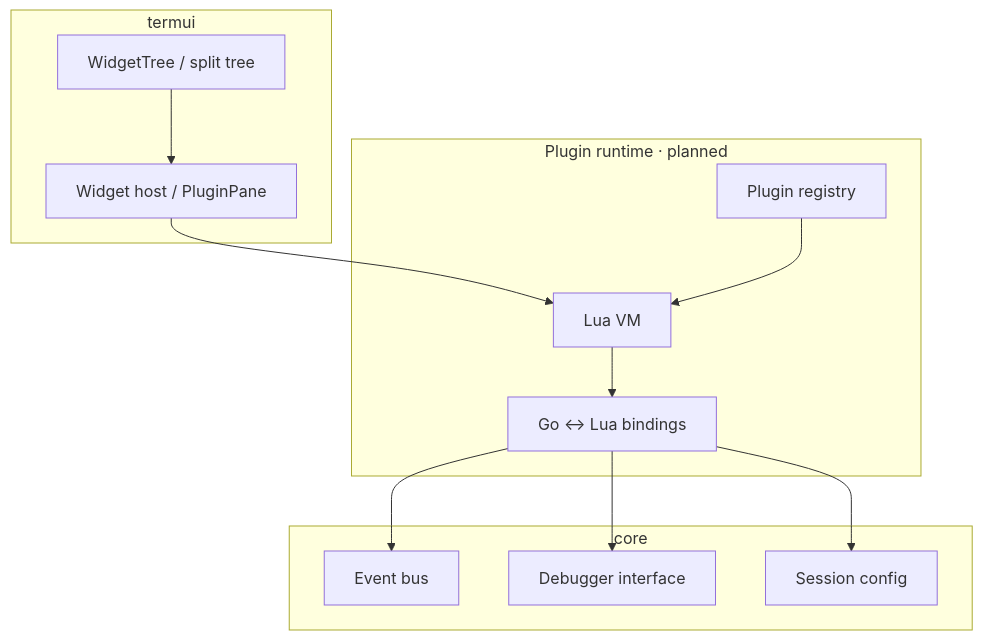
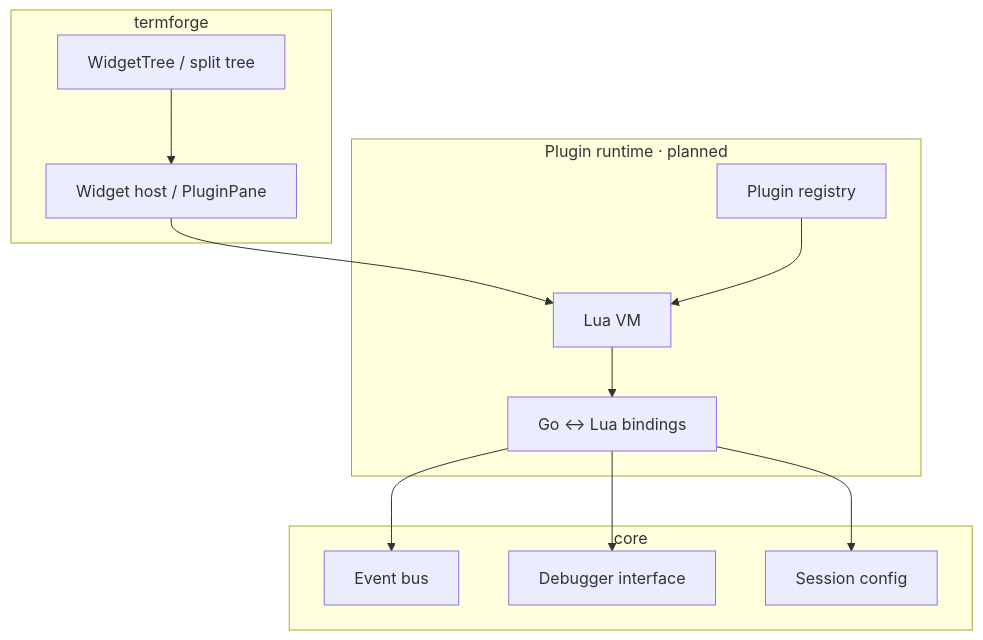
Before and after one commit to yairgd/gdbforge: the first of 3 diagrams in docs/PLUGINS.md, drawn with Mermaid. The commit also changed other lines of this file and 267 other files, not shown here.

````diff
--- a/docs/PLUGINS.md
+++ b/docs/PLUGINS.md
@@ -58,27 +58,27 @@
 ```mermaid
 flowchart TB
-    subgraph UI["termui"]
+    subgraph UI["termforge"]
         WidgetHost["Widget host / PluginPane"]
         Tree["WidgetTree / split tree"]
     end
 
     subgraph PluginRuntime["Plugin runtime · planned"]
         LuaVM["Lua VM"]
         Bindings["Go ↔ Lua bindings"]
         Registry["Plugin registry"]
     end
 
     subgraph Domain["core"]
         Events["Event bus"]
         Debugger["Debugger interface"]
         Session["Session config"]
     end
 
     Tree --> WidgetHost
     WidgetHost --> LuaVM
     LuaVM --> Bindings
     Bindings --> Events
     Bindings --> Debugger
     Bindings --> Session
     Registry --> LuaVM
 ```
````
